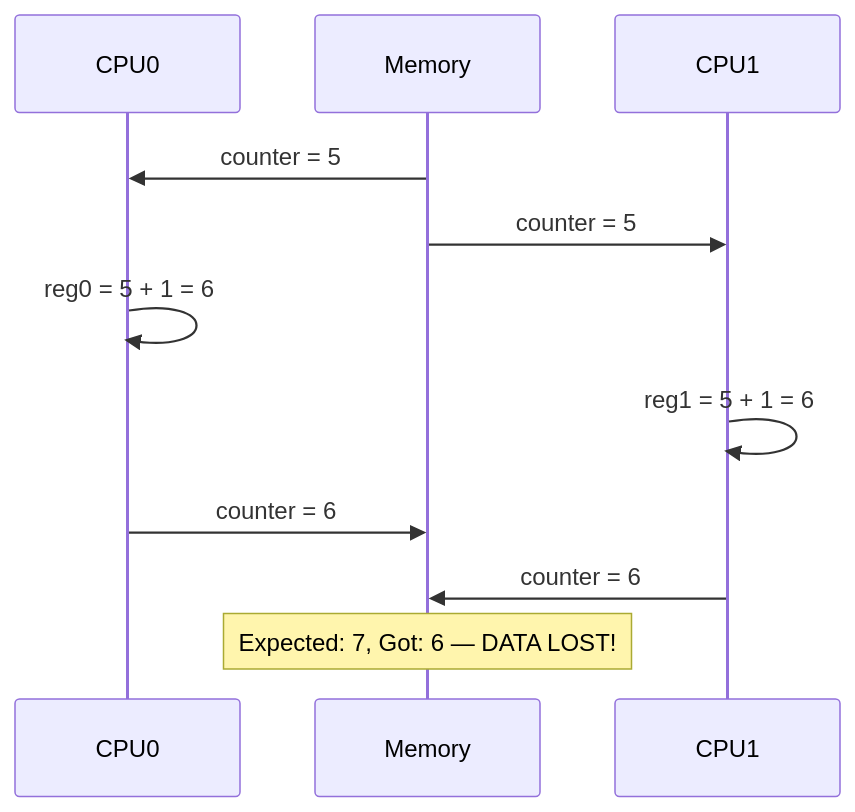
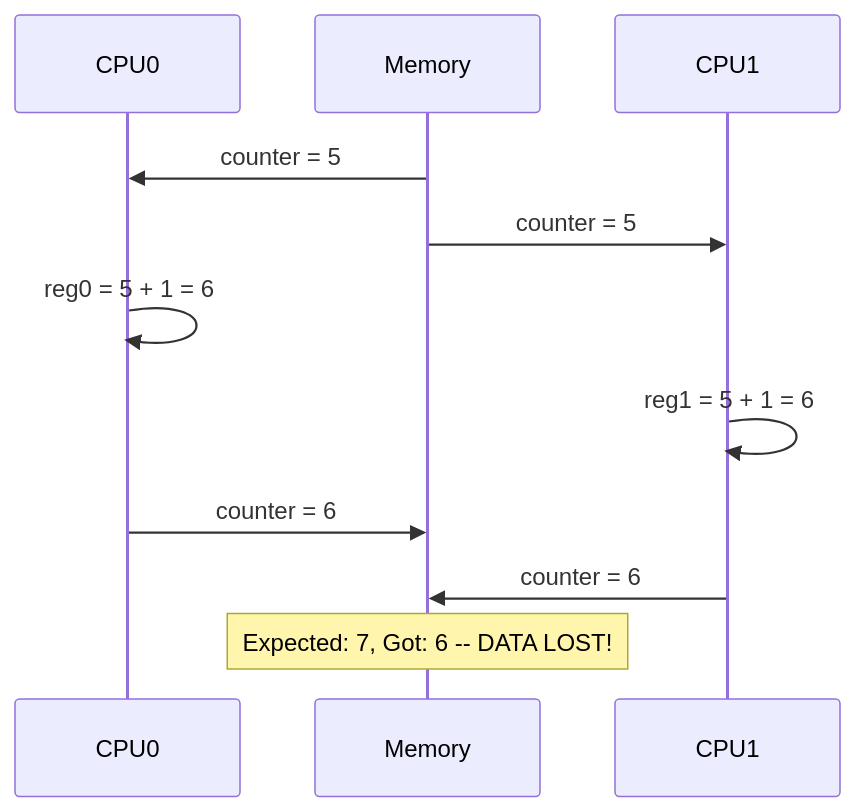
The first of 6 diagrams in src/kernel/sync/overview.md (Abhinav-Kumar012/lb2), drawn with Mermaid before and after one commit. The commit also changed other lines of this file and 211 other files, not shown here.

First line of the commit message:
fix: mermaid syntax issues across 212 files

````diff
--- a/src/kernel/sync/overview.md
+++ b/src/kernel/sync/overview.md
@@ -27,15 +27,15 @@
 ```mermaid
 sequenceDiagram
     participant CPU0
     participant Memory
     participant CPU1
 
     Memory->>CPU0: counter = 5
     Memory->>CPU1: counter = 5
     CPU0->>CPU0: reg0 = 5 + 1 = 6
     CPU1->>CPU1: reg1 = 5 + 1 = 6
     CPU0->>Memory: counter = 6
     CPU1->>Memory: counter = 6
 
-    Note over Memory: Expected: 7, Got: 6 — DATA LOST!
+    Note over Memory: Expected: 7, Got: 6 -- DATA LOST!
 ```
````
